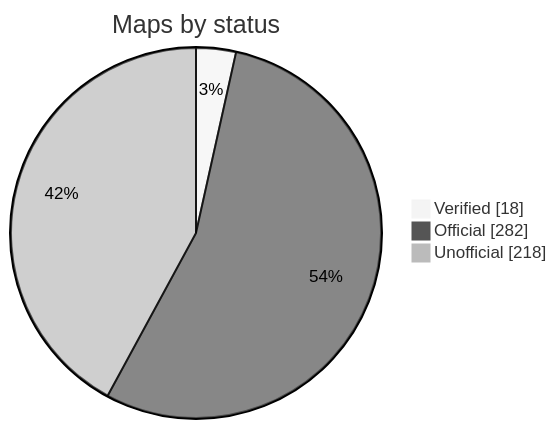
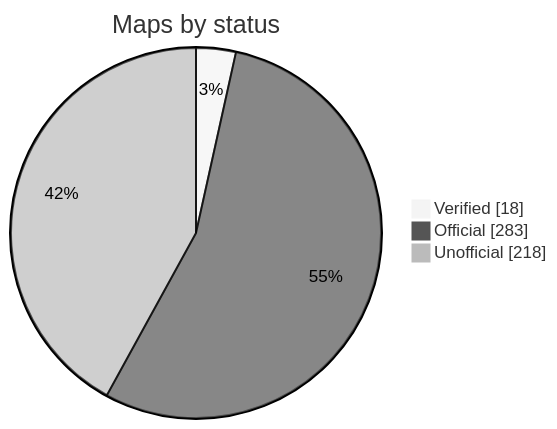
One commit to nobrega8/mbmap-library changed the diagram in README.md. Above: the diagram before and after it, drawn with Mermaid (neutral theme). The commit also changed 5 other files, not shown here.

````diff
--- a/README.md
+++ b/README.md
@@ -52,7 +52,7 @@
 ```mermaid
 pie showData
     title Maps by status
     "Verified" : 18
-    "Official" : 282
+    "Official" : 283
     "Unofficial" : 218
 ```
````
